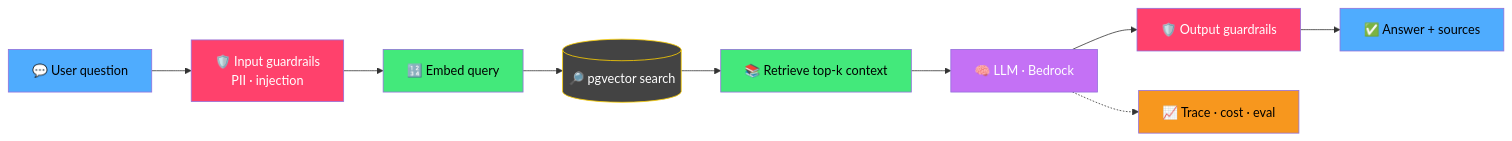
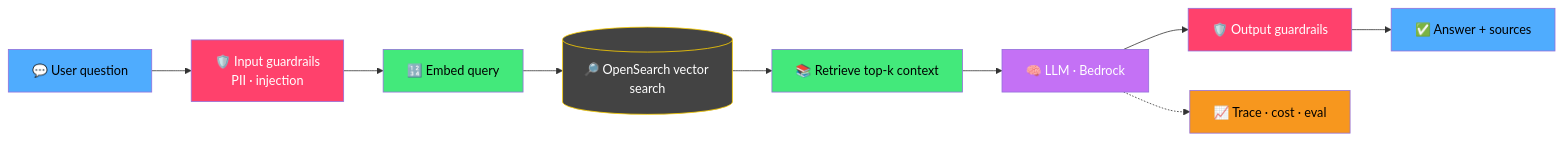
Diagram 17 of 31 in README.md (muntaha747/FinTech-Enterprise-Project), drawn with Mermaid before and after one commit. The commit also changed other lines of this file and 4 other files, not shown here.

First line of the commit message:
README: project overview, infrastructure layers and regional architecture diagrams [skip ci]

````diff
--- a/README.md
+++ b/README.md
@@ -599,18 +745,18 @@
 ```mermaid
 flowchart LR
     Q[💬 User question]:::u --> G1[🛡️ Input guardrails<br/>PII · injection]:::g
     G1 --> EMB[🔢 Embed query]:::p
-    EMB --> VS[(🔎 pgvector search)]:::d
+    EMB --> VS[(🔎 OpenSearch vector search)]:::d
     VS --> CTX[📚 Retrieve top-k context]:::p
     CTX --> LLM[🧠 LLM · Bedrock]:::l
     LLM --> G2[🛡️ Output guardrails]:::g
     G2 --> A[✅ Answer + sources]:::u
     LLM -.-> TR[📈 Trace · cost · eval]:::m
 
     classDef u fill:#4facfe,color:#000
     classDef g fill:#ff416c,color:#fff
     classDef p fill:#43e97b,color:#000
     classDef d fill:#434343,stroke:#ffd200,color:#fff
     classDef l fill:#c471f5,color:#fff
     classDef m fill:#f7971e,color:#000
 ```
````
